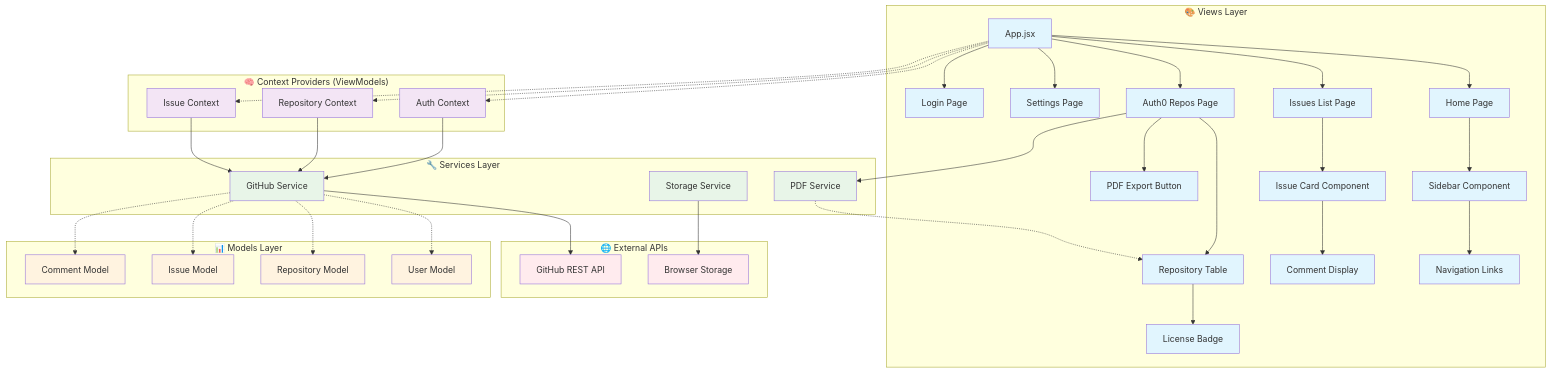
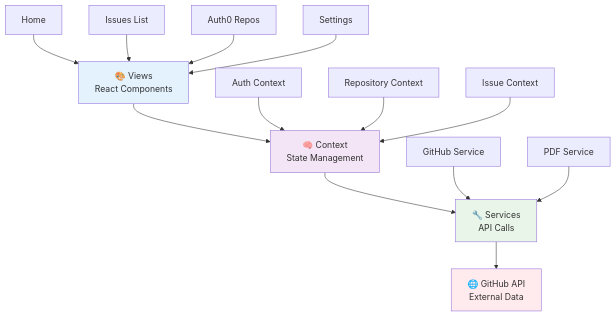
Before and after one commit to gyaneshgouraw-okta/github-issues-tracker: the diagram in README.md, drawn with Mermaid.

Commit message:
docs: simplify architecture diagram with streamlined flowchart layout

````diff
--- a/README.md
+++ b/README.md
@@ -137,76 +137,23 @@
 ```mermaid
-graph TB
-    subgraph "🎨 Views Layer"
-        A[App.jsx] --> B[Home Page]
-        A --> C[Issues List Page]
-        A --> D[Auth0 Repos Page]
-        A --> E[Settings Page]
-        A --> F[Login Page]
-        
-        B --> G[Sidebar Component]
-        C --> H[Issue Card Component]
-        D --> I[Repository Table]
-        D --> J[PDF Export Button]
-        
-        G --> K[Navigation Links]
-        H --> L[Comment Display]
-        I --> M[License Badge]
-    end
+flowchart TD
+    A[🎨 Views<br/>React Components] --> B[🧠 Context<br/>State Management]
+    B --> C[🔧 Services<br/>API Calls]
+    C --> D[🌐 GitHub API<br/>External Data]
     
-    subgraph "🧠 Context Providers (ViewModels)"
-        N[Auth Context]
-        O[Repository Context]
-        P[Issue Context]
-    end
+    A1[Home] --> A
+    A2[Issues List] --> A
+    A3[Auth0 Repos] --> A
+    A4[Settings] --> A
     
-    subgraph "🔧 Services Layer"
-        Q[GitHub Service]
-        R[Storage Service]
-        S[PDF Service]
-    end
+    B1[Auth Context] --> B
+    B2[Repository Context] --> B
+    B3[Issue Context] --> B
     
-    subgraph "📊 Models Layer"
-        T[User Model]
-        U[Repository Model]
-        V[Issue Model]
-        W[Comment Model]
-    end
+    C1[GitHub Service] --> C
+    C2[PDF Service] --> C
     
-    subgraph "🌐 External APIs"
-        X[GitHub REST API]
-        Y[Browser Storage]
-    end
-    
-    %% Connections
-    A -.-> N
-    A -.-> O
-    A -.-> P
-    
-    N --> Q
-    O --> Q
-    P --> Q
-    
-    Q --> X
-    R --> Y
-    
-    Q -.-> T
-    Q -.-> U
-    Q -.-> V
-    Q -.-> W
-    
-    D --> S
-    S -.-> I
-    
-    %% Styling
-    classDef viewLayer fill:#e1f5fe
-    classDef contextLayer fill:#f3e5f5
-    classDef serviceLayer fill:#e8f5e8
-    classDef modelLayer fill:#fff3e0
-    classDef externalLayer fill:#ffebee
-    
-    class A,B,C,D,E,F,G,H,I,J,K,L,M viewLayer
-    class N,O,P contextLayer
-    class Q,R,S serviceLayer
-    class T,U,V,W modelLayer
-    class X,Y externalLayer
+    style A fill:#e3f2fd
+    style B fill:#f3e5f5
+    style C fill:#e8f5e8
+    style D fill:#ffebee
 ```
````
